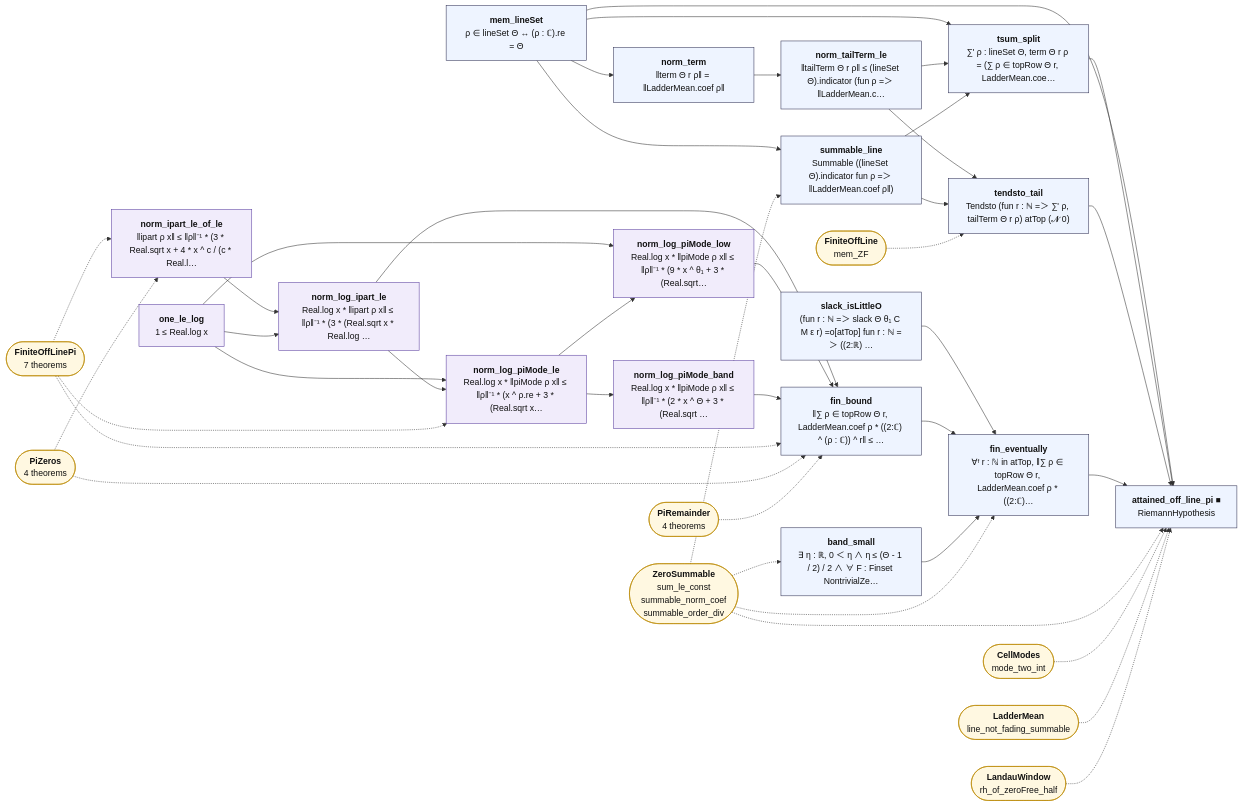
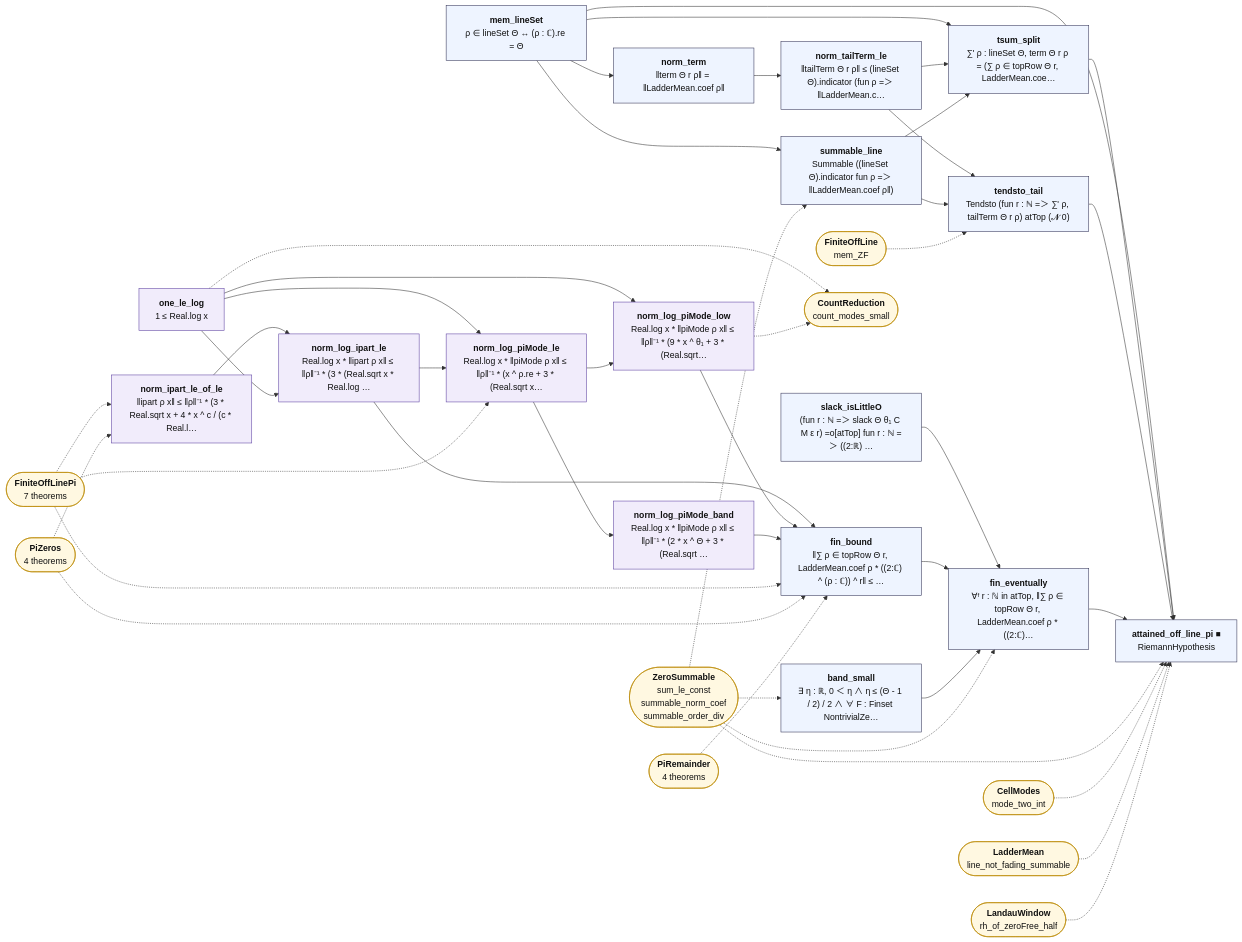
Before and after one commit to juliansambranojr/Primebeat_081426: the diagram in map/lean_stage3/AttainedPi.md, drawn with Mermaid. The commit also changed other lines of this file and 43 other files, not shown here.

First line of the commit message:
Block N2: the count's segments right of a line are small with a power saving (unit 0470)

````diff
--- a/map/lean_stage3/AttainedPi.md
+++ b/map/lean_stage3/AttainedPi.md
@@ -12,75 +12,78 @@
 ```mermaid
 flowchart LR
   n0["<b>norm_ipart_le_of_le</b><br/>‖ipart ρ x‖ ≤ ‖ρ‖⁻¹ * (3 * Real.sqrt x + 4 * x ^ c / (c * Real.l…"]:::shp
   n1["<b>one_le_log</b><br/>1 ≤ Real.log x"]:::shp
   n2["<b>norm_log_ipart_le</b><br/>Real.log x * ‖ipart ρ x‖ ≤ ‖ρ‖⁻¹ * (3 * (Real.sqrt x * Real.log …"]:::shp
   n3["<b>norm_log_piMode_le</b><br/>Real.log x * ‖piMode ρ x‖ ≤ ‖ρ‖⁻¹ * (x ^ ρ.re + 3 * (Real.sqrt x…"]:::shp
   n4["<b>norm_log_piMode_low</b><br/>Real.log x * ‖piMode ρ x‖ ≤ ‖ρ‖⁻¹ * (9 * x ^ θ₁ + 3 * (Real.sqrt…"]:::shp
   n5["<b>norm_log_piMode_band</b><br/>Real.log x * ‖piMode ρ x‖ ≤ ‖ρ‖⁻¹ * (2 * x ^ Θ + 3 * (Real.sqrt …"]:::shp
   n6["<b>slack_isLittleO</b><br/>(fun r : ℕ =＞ slack Θ θ₁ C M ε r) =o[atTop] fun r : ℕ =＞ ((2:ℝ) …"]:::thm
   n7["<b>fin_bound</b><br/>‖∑ ρ ∈ topRow Θ r, LadderMean.coef ρ * ((2:ℂ) ^ (ρ : ℂ)) ^ r‖ ≤ …"]:::thm
   n8["<b>band_small</b><br/>∃ η : ℝ, 0 ＜ η ∧ η ≤ (Θ - 1 / 2) / 2 ∧ ∀ F : Finset NontrivialZe…"]:::thm
   n9["<b>fin_eventually</b><br/>∀ᶠ r : ℕ in atTop, ‖∑ ρ ∈ topRow Θ r, LadderMean.coef ρ * ((2:ℂ)…"]:::thm
   n10["<b>mem_lineSet</b><br/>ρ ∈ lineSet Θ ↔ (ρ : ℂ).re = Θ"]:::thm
   n11["<b>norm_term</b><br/>‖term Θ r ρ‖ = ‖LadderMean.coef ρ‖"]:::thm
   n12["<b>norm_tailTerm_le</b><br/>‖tailTerm Θ r ρ‖ ≤ (lineSet Θ).indicator (fun ρ =＞ ‖LadderMean.c…"]:::thm
   n13["<b>summable_line</b><br/>Summable ((lineSet Θ).indicator fun ρ =＞ ‖LadderMean.coef ρ‖)"]:::thm
   n14["<b>tsum_split</b><br/>∑' ρ : lineSet Θ, term Θ r ρ = (∑ ρ ∈ topRow Θ r, LadderMean.coe…"]:::thm
   n15["<b>tendsto_tail</b><br/>Tendsto (fun r : ℕ =＞ ∑' ρ, tailTerm Θ r ρ) atTop (𝓝 0)"]:::thm
   n16["<b>attained_off_line_pi ■</b><br/>RiemannHypothesis"]:::thm
   x0(["<b>FiniteOffLinePi</b><br/>7 theorems"]):::ext
   x1(["<b>PiZeros</b><br/>4 theorems"]):::ext
-  x2(["<b>PiRemainder</b><br/>4 theorems"]):::ext
-  x3(["<b>ZeroSummable</b><br/>sum_le_const<br/>summable_norm_coef<br/>summable_order_div"]):::ext
-  x4(["<b>FiniteOffLine</b><br/>mem_ZF"]):::ext
-  x5(["<b>CellModes</b><br/>mode_two_int"]):::ext
-  x6(["<b>LadderMean</b><br/>line_not_fading_summable"]):::ext
-  x7(["<b>LandauWindow</b><br/>rh_of_zeroFree_half"]):::ext
+  x2(["<b>CountReduction</b><br/>count_modes_small"]):::ext
+  x3(["<b>PiRemainder</b><br/>4 theorems"]):::ext
+  x4(["<b>ZeroSummable</b><br/>sum_le_const<br/>summable_norm_coef<br/>summable_order_div"]):::ext
+  x5(["<b>FiniteOffLine</b><br/>mem_ZF"]):::ext
+  x6(["<b>CellModes</b><br/>mode_two_int"]):::ext
+  x7(["<b>LadderMean</b><br/>line_not_fading_summable"]):::ext
+  x8(["<b>LandauWindow</b><br/>rh_of_zeroFree_half"]):::ext
   n0 --> n2
   n1 --> n2
   n1 --> n3
   n1 --> n4
   n10 --> n11
   n10 --> n13
   n10 --> n14
   n10 --> n16
   n11 --> n12
   n12 --> n14
   n12 --> n15
   n13 --> n14
   n13 --> n15
   n14 --> n16
   n15 --> n16
   n2 --> n3
   n2 --> n7
   n3 --> n4
   n3 --> n5
   n4 --> n7
   n5 --> n7
   n6 --> n9
   n7 --> n9
   n8 --> n9
   n9 --> n16
+  n1 -.-> x2
+  n4 -.-> x2
   x0 -.-> n0
   x0 -.-> n3
   x0 -.-> n7
   x1 -.-> n0
   x1 -.-> n7
-  x2 -.-> n7
-  x3 -.-> n13
-  x3 -.-> n16
-  x3 -.-> n8
-  x3 -.-> n9
-  x4 -.-> n15
-  x5 -.-> n16
+  x3 -.-> n7
+  x4 -.-> n13
+  x4 -.-> n16
+  x4 -.-> n8
+  x4 -.-> n9
+  x5 -.-> n15
   x6 -.-> n16
   x7 -.-> n16
+  x8 -.-> n16
   classDef cnt fill:#dff5ec,stroke:#17694a,color:#111
   classDef shp fill:#f1ecfb,stroke:#5b3fa0,color:#111
   classDef rh fill:#ffe5e5,stroke:#c22,color:#111,stroke-width:2px
   classDef thm fill:#eef4ff,stroke:#335,color:#111
   classDef end_ fill:#e7f7e7,stroke:#2a7,color:#111,stroke-width:2px
   classDef lone fill:#fff,stroke:#999,color:#111,stroke-dasharray:4 3
   classDef bad fill:#ffe5e5,stroke:#c22,color:#111,stroke-width:2px
   classDef ext fill:#fff8e1,stroke:#b80,color:#111
 ```
````
